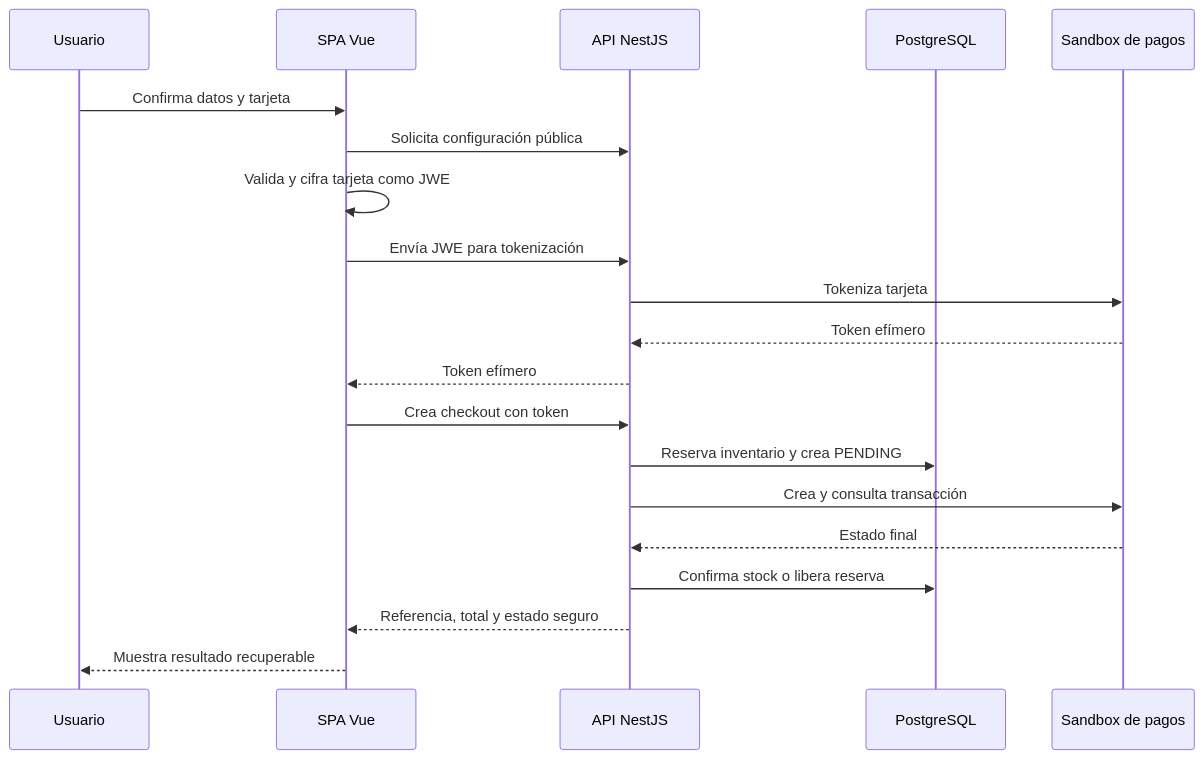
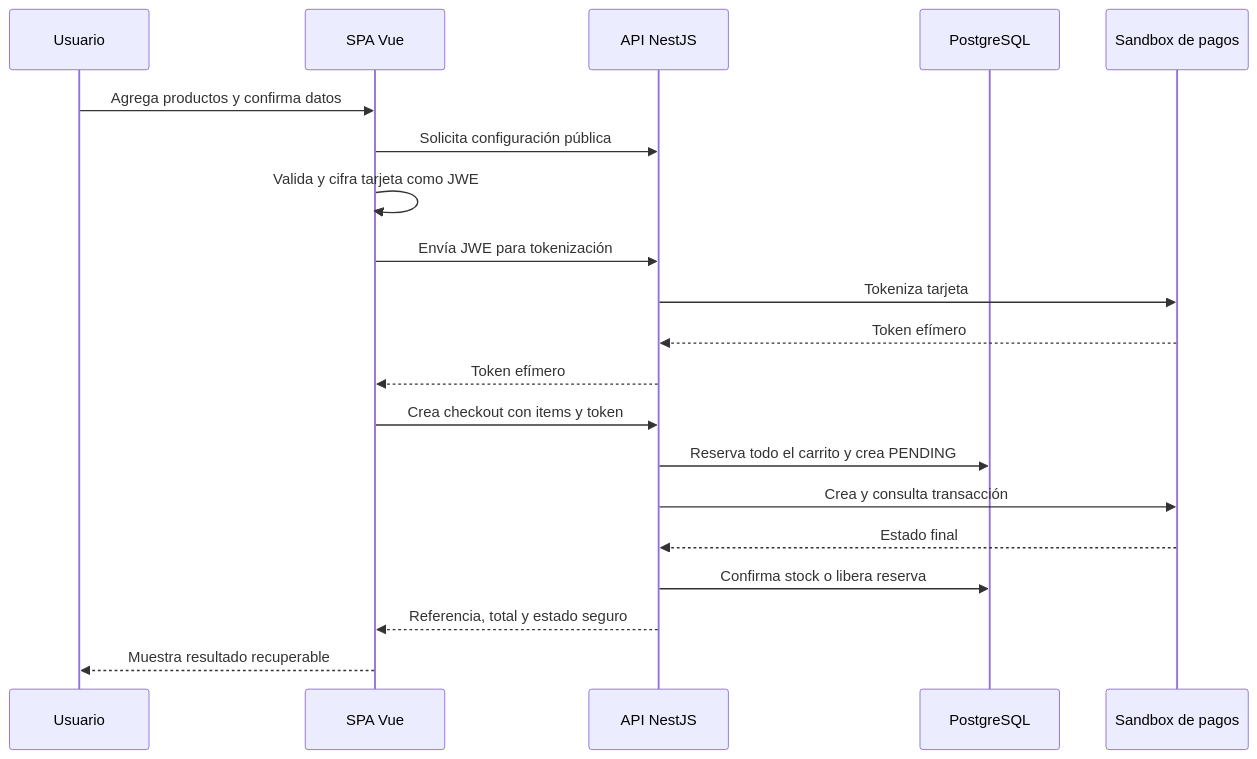
One commit to davidGuiitar/checkout-lab changed the second of 3 diagrams in README.md. Above: the diagram before and after it, drawn with Mermaid. The commit also changed other lines of this file and 6 other files, not shown here.

````diff
--- a/README.md
+++ b/README.md
@@ -51,23 +51,23 @@
 ```mermaid
 sequenceDiagram
   participant U as Usuario
   participant V as SPA Vue
   participant A as API NestJS
   participant D as PostgreSQL
   participant G as Sandbox de pagos
 
-  U->>V: Confirma datos y tarjeta
+  U->>V: Agrega productos y confirma datos
   V->>A: Solicita configuración pública
   V->>V: Valida y cifra tarjeta como JWE
   V->>A: Envía JWE para tokenización
   A->>G: Tokeniza tarjeta
   G-->>A: Token efímero
   A-->>V: Token efímero
-  V->>A: Crea checkout con token
-  A->>D: Reserva inventario y crea PENDING
+  V->>A: Crea checkout con items y token
+  A->>D: Reserva todo el carrito y crea PENDING
   A->>G: Crea y consulta transacción
   G-->>A: Estado final
   A->>D: Confirma stock o libera reserva
   A-->>V: Referencia, total y estado seguro
   V-->>U: Muestra resultado recuperable
 ```
````
